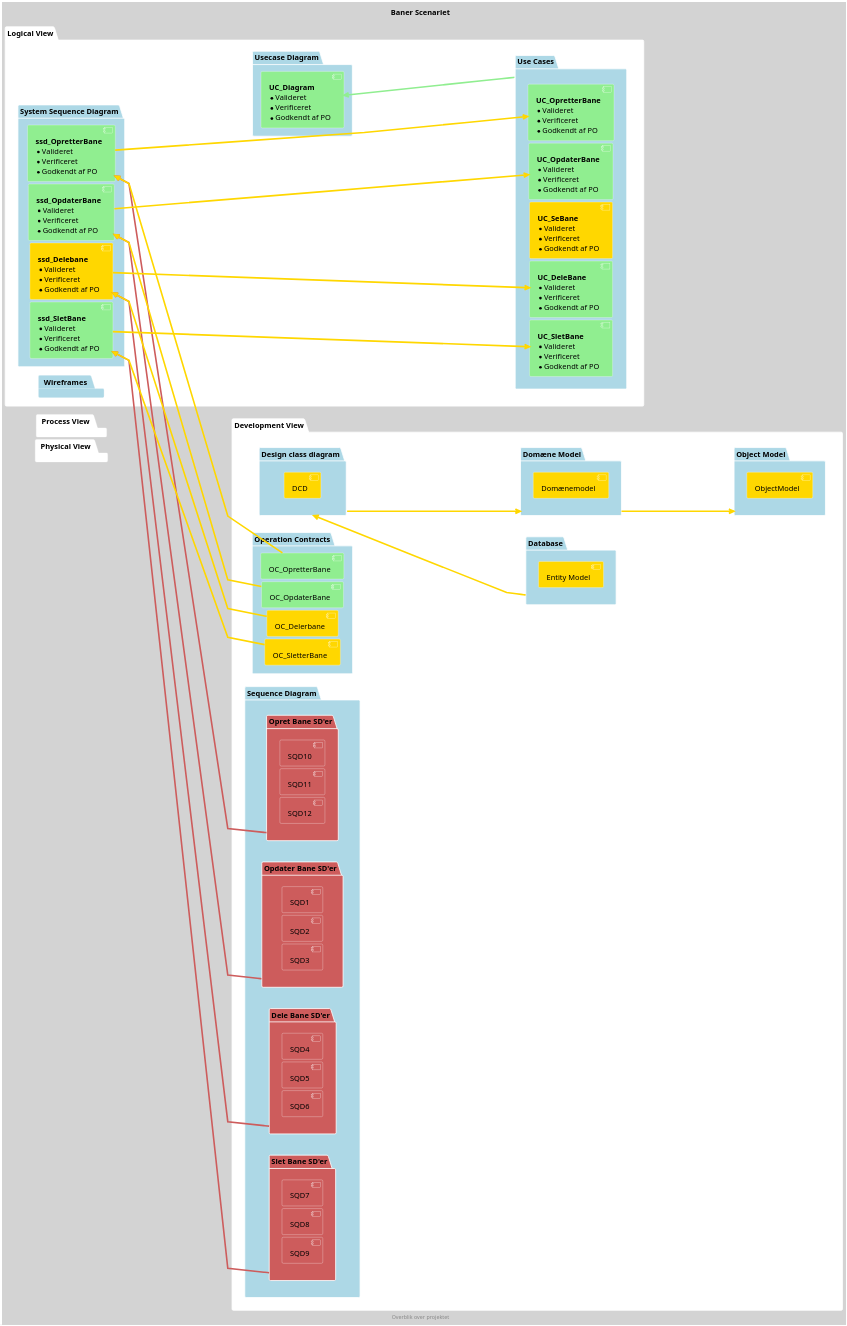
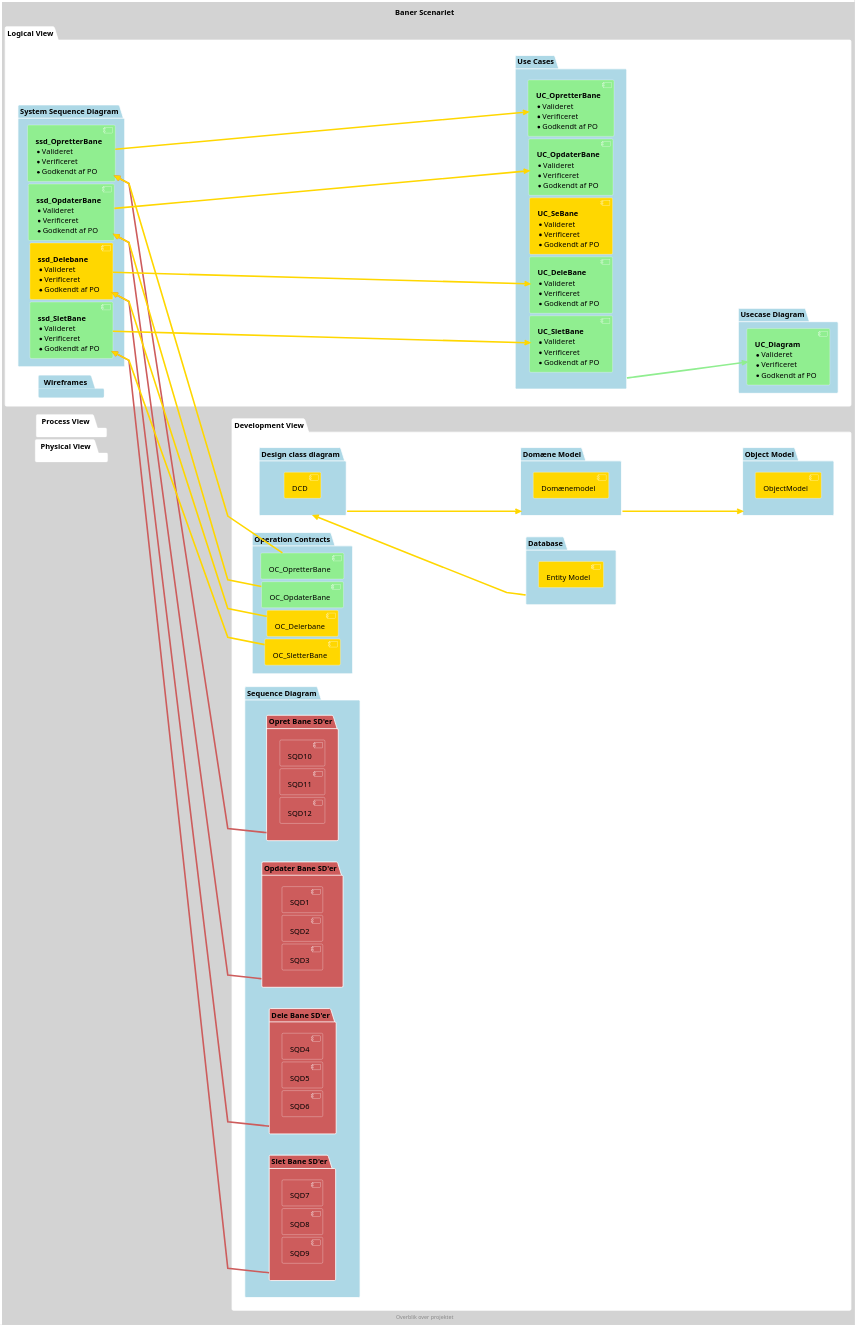
One commit to Team-1-ucl/Team1_Projekt changed the diagram in Dokumentation/Scenarier/Baner/Overblik.wsd. Above: the diagram before and after it, drawn with PlantUML.

Commit message:
EDIT Overblik

```diff
--- a/Dokumentation/Scenarier/Baner/Overblik.wsd
+++ b/Dokumentation/Scenarier/Baner/Overblik.wsd
@@ -185,7 +185,7 @@
 DCDpackage -[thickness=3]-> DM #Gold
 DM -[thickness=3]-> OM #Gold
 
-UC_Diagram <-[thickness=3]- UseCases #lightgreen
+UC_Diagram <-[thickness=3]u- UseCases #lightgreen
 ssd_Delebane <-[thickness=3]- DeleBaneSD #IndianRed
 ssd_OpdaterBane <-[thickness=3]- OpdaterBaneSD #IndianRed
 ssd_OpretterBane <-[thickness=3]- OpretBaneSD #IndianRed
```
